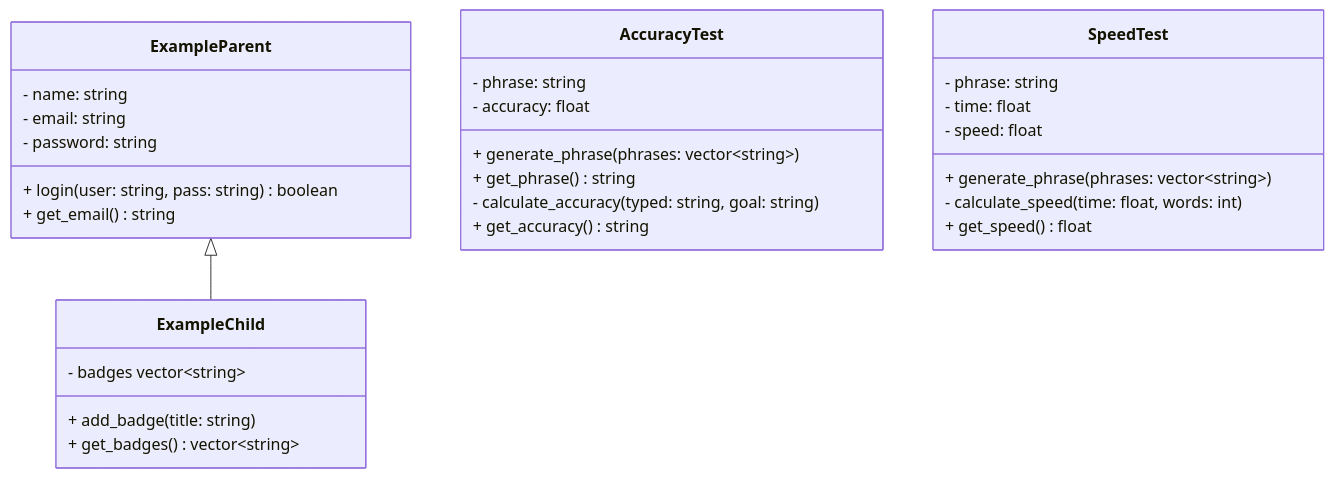
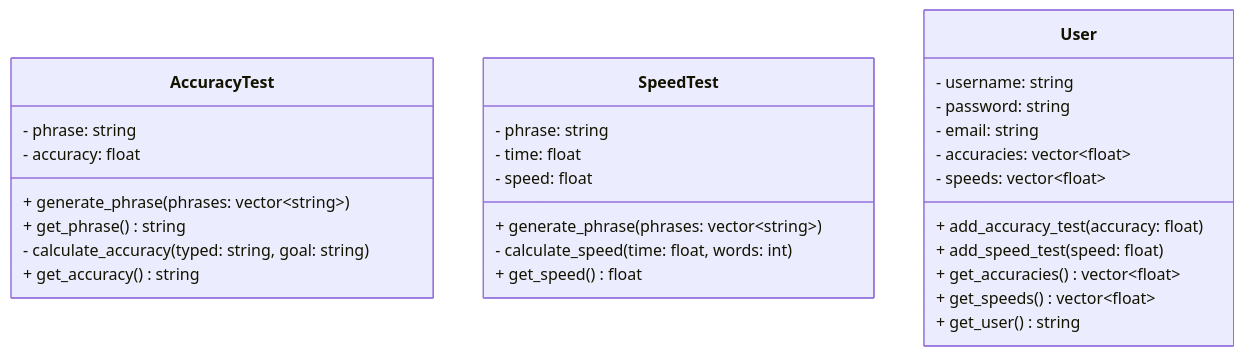
The diagram in README.md (btwatts0/tippitytappity-design), drawn with Mermaid before and after one commit.

Commit message:
Update README for second MVP

````diff
--- a/README.md
+++ b/README.md
@@ -8,34 +8,34 @@
 ```mermaid
 classDiagram
-  ExampleParent <|-- ExampleChild
-  class ExampleParent{
-        - name: string
-        - email: string
-        - password: string
-        + login(user: string, pass: string) boolean
-        + get_email() string
-  }
-  class ExampleChild{
-        - badges vector~string~
-        + add_badge(title: string)
-        + get_badges() vector~string~
-  }
 
   class AccuracyTest{
         - phrase: string
         - accuracy: float
         + generate_phrase(phrases: vector~string~)
         + get_phrase() string
         - calculate_accuracy(typed: string, goal: string)
         + get_accuracy() string
   }
 
   class SpeedTest{
         - phrase: string
         - time: float
         - speed: float
         + generate_phrase(phrases: vector~string~)
         - calculate_speed(time: float, words: int)
         + get_speed() float
   }
+
+ class User{
+      - username: string
+      - password: string
+      - email: string
+      - accuracies: vector~float~
+      - speeds: vector~float~
+      + add_accuracy_test(accuracy: float)
+      + add_speed_test(speed: float)
+      + get_accuracies() vector~float~
+      + get_speeds() vector~float~
+      + get_user() string
+  }
 ```
````
